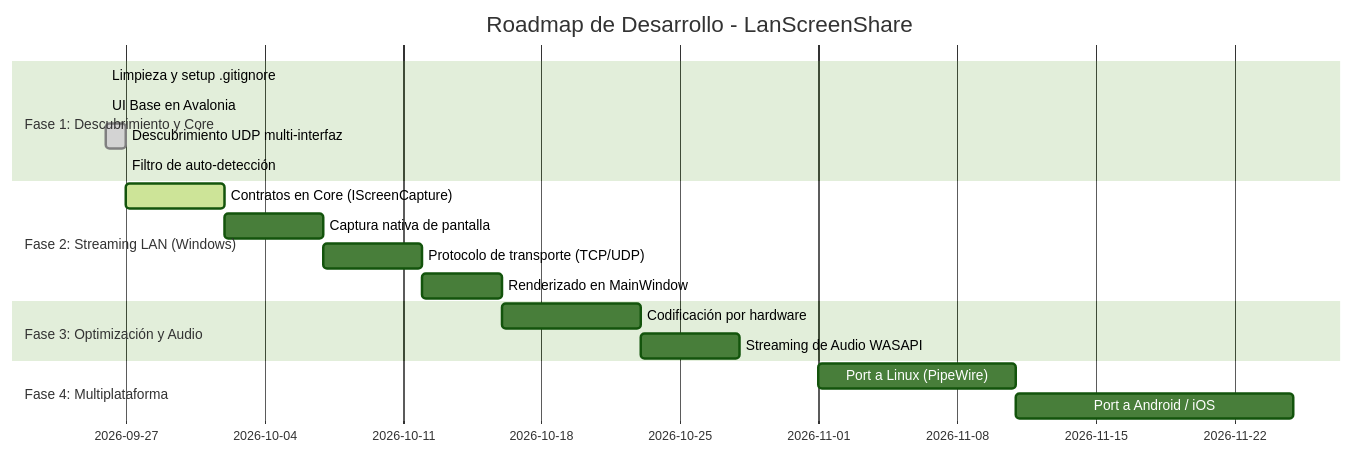
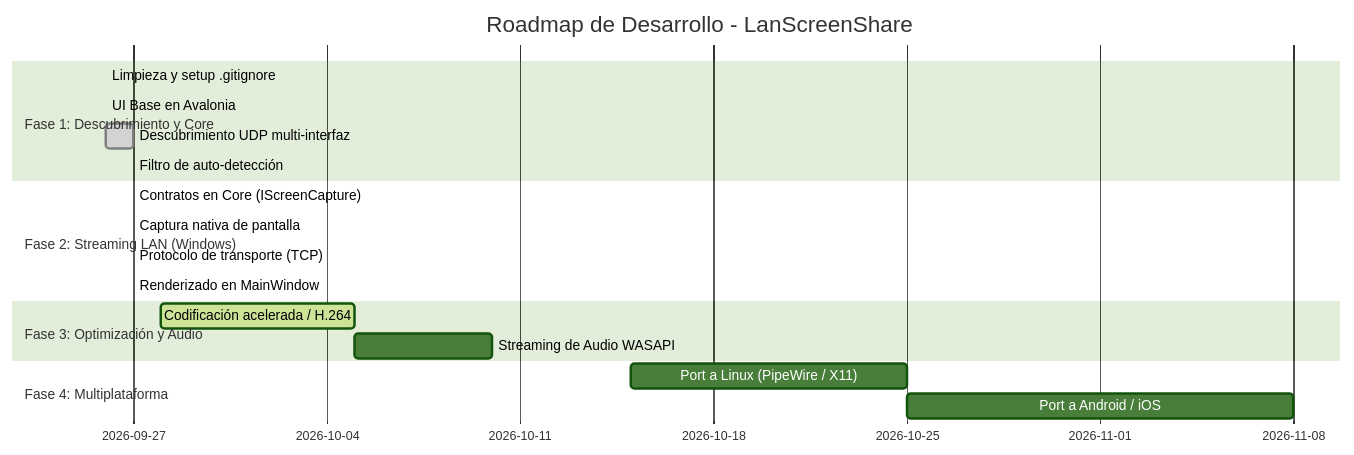
One commit to ginobermudez76/local_streaming changed the first of 2 diagrams in PROJECT_ROADMAP.md. Above: the diagram before and after it, drawn with Mermaid (forest theme). The commit also changed other lines of this file and 12 other files, not shown here.

Commit message:
feat(phase-2): implementar captura de pantalla nativa, streaming TCP y renderizado de video en UI

````diff
--- a/PROJECT_ROADMAP.md
+++ b/PROJECT_ROADMAP.md
@@ -33,21 +33,21 @@
 ```mermaid
 gantt
     title Roadmap de Desarrollo - LanScreenShare
     dateFormat  YYYY-MM-DD
     section Fase 1: Descubrimiento y Core
     Limpieza y setup .gitignore       :done,    des1, 2026-09-26, 2026-09-26
     UI Base en Avalonia               :done,    des2, 2026-09-26, 2026-09-26
     Descubrimiento UDP multi-interfaz :done,    des3, 2026-09-26, 2026-09-27
     Filtro de auto-detección          :done,    des4, 2026-09-27, 2026-09-27
     section Fase 2: Streaming LAN (Windows)
-    Contratos en Core (IScreenCapture):active,  str1, 2026-09-27, 2026-10-02
-    Captura nativa de pantalla        :         str2, after str1, 5d
-    Protocolo de transporte (TCP/UDP) :         str3, after str2, 5d
-    Renderizado en MainWindow         :         str4, after str3, 4d
+    Contratos en Core (IScreenCapture):done,    str1, 2026-09-27, 2026-09-27
+    Captura nativa de pantalla        :done,    str2, 2026-09-27, 2026-09-27
+    Protocolo de transporte (TCP)     :done,    str3, 2026-09-27, 2026-09-27
+    Renderizado en MainWindow         :done,    str4, 2026-09-27, 2026-09-27
     section Fase 3: Optimización y Audio
-    Codificación por hardware         :         opt1, after str4, 7d
+    Codificación acelerada / H.264    :active,  opt1, 2026-09-28, 7d
     Streaming de Audio WASAPI         :         opt2, after opt1, 5d
     section Fase 4: Multiplataforma
-    Port a Linux (PipeWire)           :         cross1, 2026-11-01, 10d
+    Port a Linux (PipeWire / X11)     :         cross1, 2026-10-15, 10d
     Port a Android / iOS              :         cross2, after cross1, 14d
 ```
````
